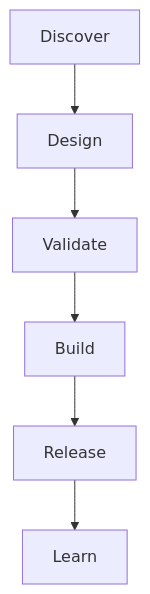
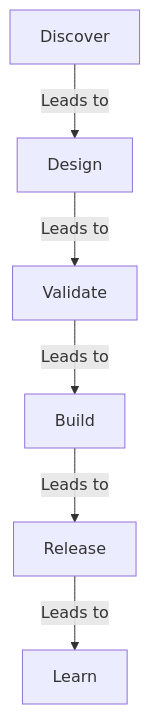
The diagram in README.md (1335389202-create/ai-product-development-workflow), drawn with Mermaid before and after one commit.

Commit message:
docs: use GitHub-compatible Mermaid structure

````diff
--- a/README.md
+++ b/README.md
@@ -17,8 +17,16 @@
 ```mermaid
 flowchart TD
-  A[Discover] --> B[Design]
-  B --> C[Validate]
-  C --> D[Build]
-  D --> E[Release]
-  E --> F[Learn]
+
+  discover[Discover]
+  design[Design]
+  validate[Validate]
+  build[Build]
+  release[Release]
+  learn[Learn]
+
+  discover -- Leads to --> design
+  design -- Leads to --> validate
+  validate -- Leads to --> build
+  build -- Leads to --> release
+  release -- Leads to --> learn
 ```
````
